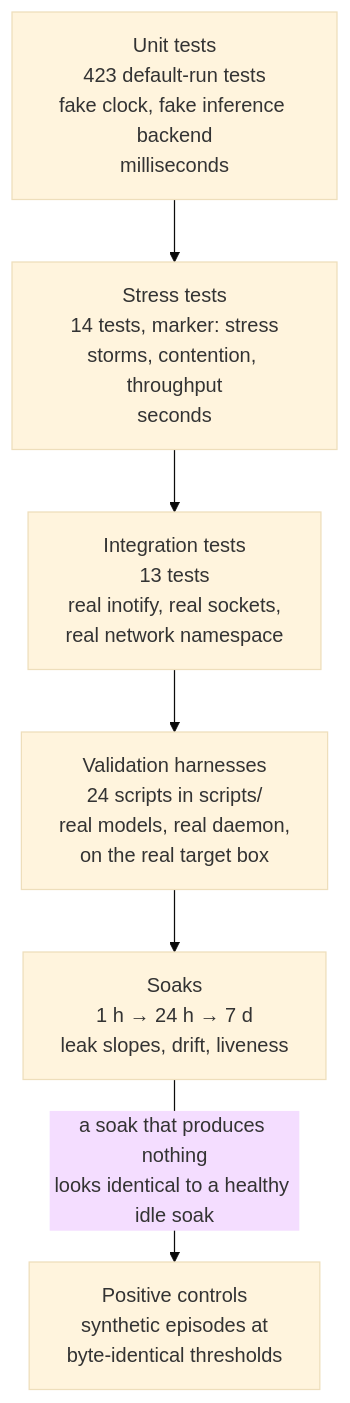
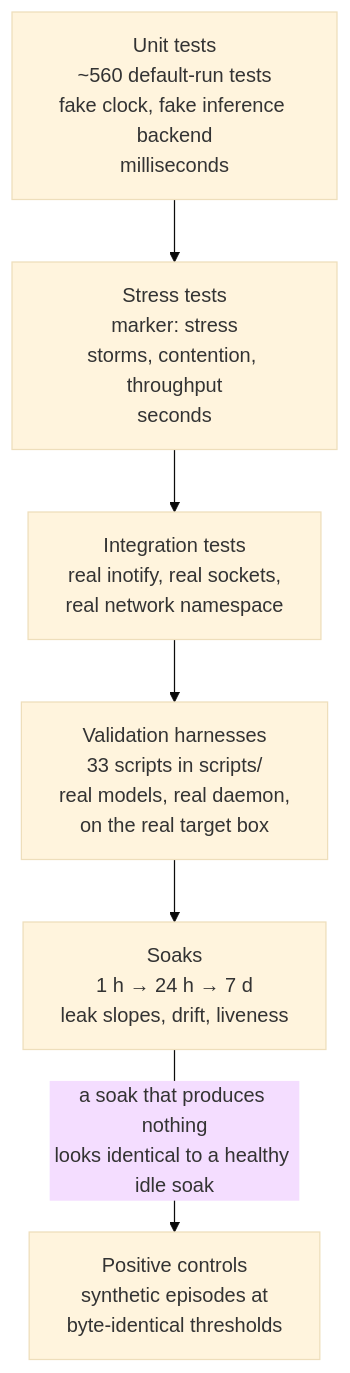
Before and after one commit to bhanot-99/NeuroPACA: the tenth of 14 diagrams in RESEARCH_DOSSIER.md, drawn with Mermaid (base theme). The commit also changed other lines of this file and 2 other files, not shown here.

First line of the commit message:
Native graph-view window + compact tray menu; dossier v5 (#25)

````diff
--- a/RESEARCH_DOSSIER.md
+++ b/RESEARCH_DOSSIER.md
@@ -800,10 +847,10 @@
 ```mermaid
 flowchart TD
-    U["Unit tests<br/>423 default-run tests<br/>fake clock, fake inference backend<br/>milliseconds"]
-    S["Stress tests<br/>14 tests, marker: stress<br/>storms, contention, throughput<br/>seconds"]
-    I["Integration tests<br/>13 tests<br/>real inotify, real sockets,<br/>real network namespace"]
-    V["Validation harnesses<br/>24 scripts in scripts/<br/>real models, real daemon,<br/>on the real target box"]
+    U["Unit tests<br/>~560 default-run tests<br/>fake clock, fake inference backend<br/>milliseconds"]
+    S["Stress tests<br/>marker: stress<br/>storms, contention, throughput<br/>seconds"]
+    I["Integration tests<br/>real inotify, real sockets,<br/>real network namespace"]
+    V["Validation harnesses<br/>33 scripts in scripts/<br/>real models, real daemon,<br/>on the real target box"]
     K["Soaks<br/>1 h → 24 h → 7 d<br/>leak slopes, drift, liveness"]
     U --> S --> I --> V --> K
     K -->|a soak that produces nothing<br/>looks identical to a healthy idle soak| P["Positive controls<br/>synthetic episodes at<br/>byte-identical thresholds"]
 ```
````
